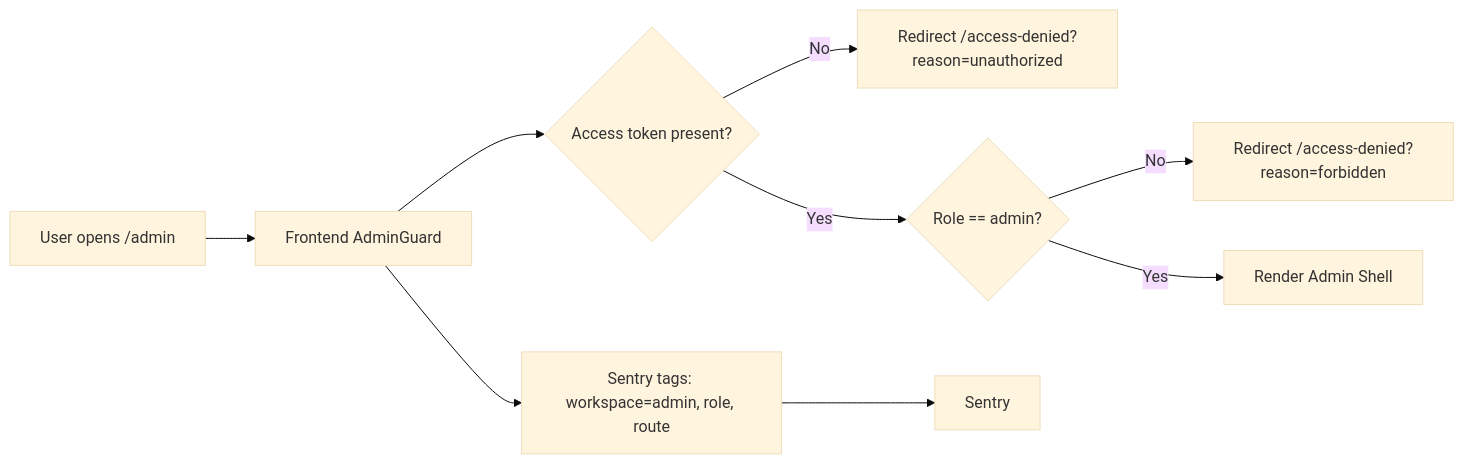
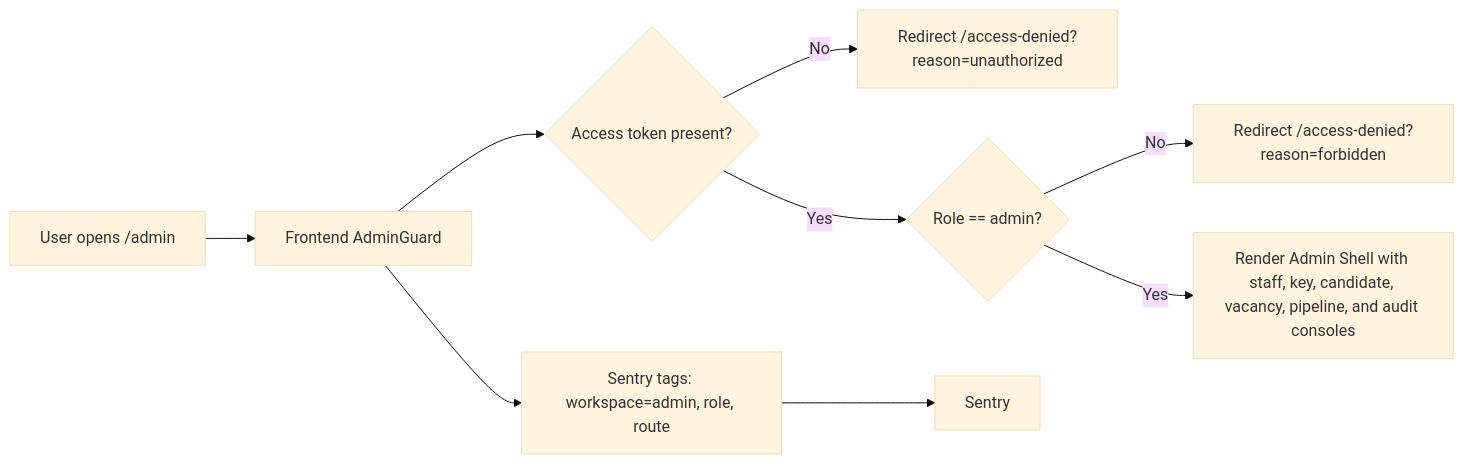
One commit to RubiFoc/hrm changed diagram 23 of 29 in docs/architecture/diagrams.md. Above: the diagram before and after it, drawn with Mermaid (base theme). The commit also changed other lines of this file and 30 other files, not shown here.

First line of the commit message:
feat(admin): add control-plane consoles and audit xlsx export (#134)

````diff
--- a/docs/architecture/diagrams.md
+++ b/docs/architecture/diagrams.md
@@ -883,12 +883,12 @@
 ```mermaid
 flowchart LR
   USER[User opens /admin] --> GUARD[Frontend AdminGuard]
   GUARD --> TOKEN{Access token present?}
   TOKEN -->|No| R401[Redirect /access-denied?reason=unauthorized]
   TOKEN -->|Yes| ROLE{Role == admin?}
   ROLE -->|No| R403[Redirect /access-denied?reason=forbidden]
-  ROLE -->|Yes| ADMIN[Render Admin Shell]
+  ROLE -->|Yes| ADMIN[Render Admin Shell with staff, key, candidate, vacancy, pipeline, and audit consoles]
 
   GUARD --> TAGS[Sentry tags: workspace=admin, role, route]
   TAGS --> SENTRY[Sentry]
 ```
````
